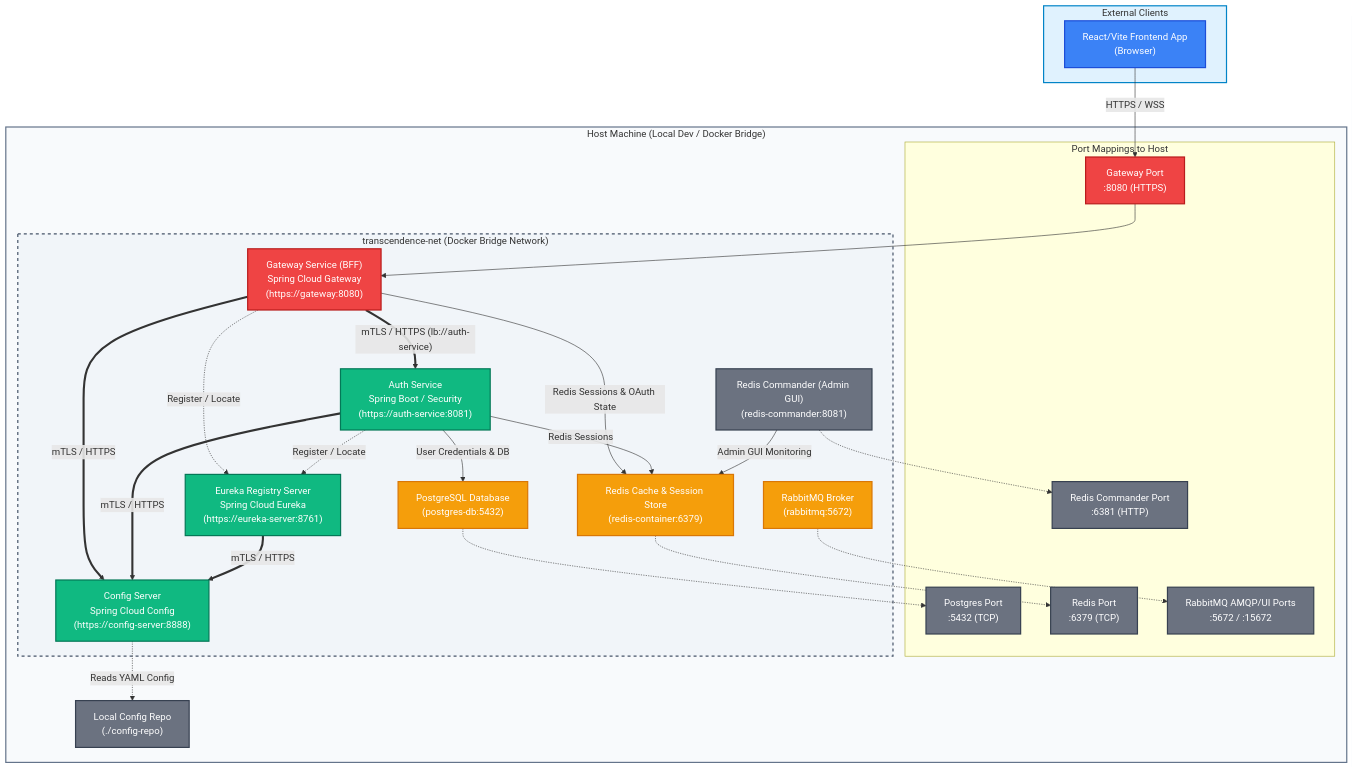
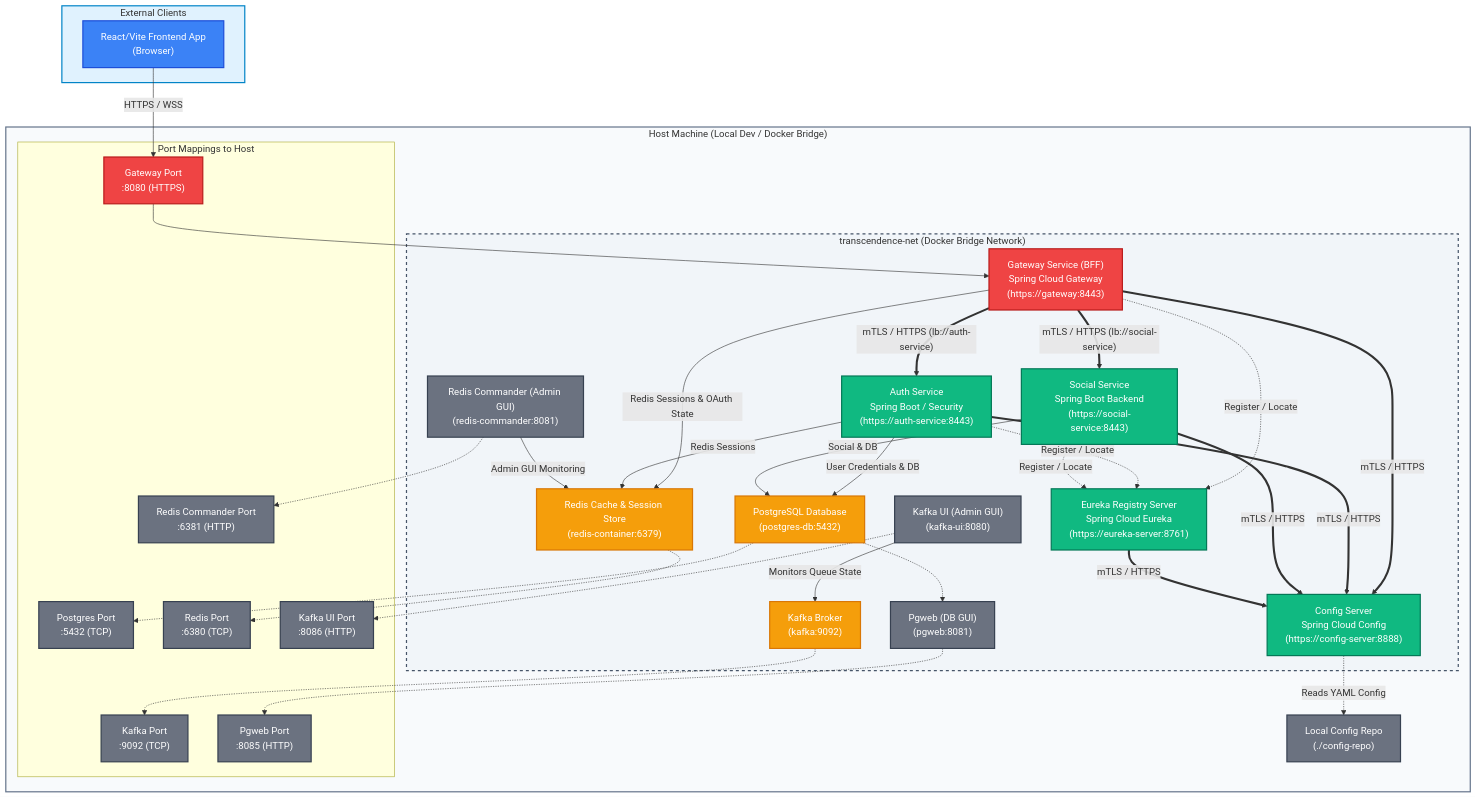
Before and after one commit to Laxuard/Chess: the diagram in docs/system_architecture.mermaid, drawn with Mermaid. The commit also changed 68 other files, not shown here.

Commit message:
feat: scaffold social-service, implement common-core library, standardize docker ports, and add Kafka UI visualizer

```diff
--- a/docs/system_architecture.mermaid
+++ b/docs/system_architecture.mermaid
@@ -1,75 +1,88 @@
 flowchart TB
     %% Nodes styling
     classDef client fill:#3b82f6,stroke:#1d4ed8,stroke-width:2px,color:#fff;
     classDef public fill:#ef4444,stroke:#b91c1c,stroke-width:2px,color:#fff;
     classDef internal fill:#10b981,stroke:#047857,stroke-width:2px,color:#fff;
     classDef db fill:#f59e0b,stroke:#d97706,stroke-width:2px,color:#fff;
     classDef infra fill:#6b7280,stroke:#374151,stroke-width:2px,color:#fff;
 
     subgraph External_Network ["External Clients"]
         Browser["React/Vite Frontend App<br>(Browser)"]:::client
     end
 
     subgraph Host_Machine ["Host Machine (Local Dev / Docker Bridge)"]
         subgraph Exposed_Ports ["Port Mappings to Host"]
             GatewayPort["Gateway Port<br>:8080 (HTTPS)"]:::public
             DbPort["Postgres Port<br>:5432 (TCP)"]:::infra
-            RedisPort["Redis Port<br>:6379 (TCP)"]:::infra
+            RedisPort["Redis Port<br>:6380 (TCP)"]:::infra
             RedisCommanderPort["Redis Commander Port<br>:6381 (HTTP)"]:::infra
-            RabbitPort["RabbitMQ AMQP/UI Ports<br>:5672 / :15672"]:::infra
+            KafkaPort["Kafka Port<br>:9092 (TCP)"]:::infra
+            PgwebPort["Pgweb Port<br>:8085 (HTTP)"]:::infra
+            KafkaUiPort["Kafka UI Port<br>:8086 (HTTP)"]:::infra
         end
 
         subgraph transcendence_net ["transcendence-net (Docker Bridge Network)"]
             %% Public Entrypoint
-            Gateway["Gateway Service (BFF)<br>Spring Cloud Gateway<br>(https://gateway:8080)"]:::public
+            Gateway["Gateway Service (BFF)<br>Spring Cloud Gateway<br>(https://gateway:8443)"]:::public
 
             %% Internal Microservices
-            AuthService["Auth Service<br>Spring Boot / Security<br>(https://auth-service:8081)"]:::internal
+            AuthService["Auth Service<br>Spring Boot / Security<br>(https://auth-service:8443)"]:::internal
+            SocialService["Social Service<br>Spring Boot Backend<br>(https://social-service:8443)"]:::internal
             EurekaServer["Eureka Registry Server<br>Spring Cloud Eureka<br>(https://eureka-server:8761)"]:::internal
             ConfigServer["Config Server<br>Spring Cloud Config<br>(https://config-server:8888)"]:::internal
 
             %% Infrastructure & Databases
             Postgres["PostgreSQL Database<br>(postgres-db:5432)"]:::db
             Redis["Redis Cache & Session Store<br>(redis-container:6379)"]:::db
-            RabbitMQ["RabbitMQ Broker<br>(rabbitmq:5672)"]:::db
+            Kafka["Kafka Broker<br>(kafka:9092)"]:::db
+            Pgweb["Pgweb (DB GUI)<br>(pgweb:8081)"]:::infra
             RedisCommander["Redis Commander (Admin GUI)<br>(redis-commander:8081)"]:::infra
+            KafkaUi["Kafka UI (Admin GUI)<br>(kafka-ui:8080)"]:::infra
         end
         
         ConfigRepo["Local Config Repo<br>(./config-repo)"]:::infra
     end
 
     %% Communication Links
     Browser -->|"HTTPS / WSS"| GatewayPort
     GatewayPort --> Gateway
 
     %% Config server loading
     ConfigServer -.->|"Reads YAML Config"| ConfigRepo
     
     %% Service Discovery Registration
     Gateway -.->|"Register / Locate"| EurekaServer
     AuthService -.->|"Register / Locate"| EurekaServer
+    SocialService -.->|"Register / Locate"| EurekaServer
 
     %% Config retrieval (mTLS)
     Gateway ==>|"mTLS / HTTPS"| ConfigServer
     AuthService ==>|"mTLS / HTTPS"| ConfigServer
+    SocialService ==>|"mTLS / HTTPS"| ConfigServer
     EurekaServer ==>|"mTLS / HTTPS"| ConfigServer
 
     %% Downstream Service Calls (mTLS)
     Gateway ==>|"mTLS / HTTPS (lb://auth-service)"| AuthService
+    Gateway ==>|"mTLS / HTTPS (lb://social-service)"| SocialService
 
     %% Database & Cache Connections
     Gateway -->|"Redis Sessions & OAuth State"| Redis
     AuthService -->|"User Credentials & DB"| Postgres
     AuthService -->|"Redis Sessions"| Redis
+    SocialService -->|"Social & DB"| Postgres
     RedisCommander -->|"Admin GUI Monitoring"| Redis
+    KafkaUi -->|"Monitors Queue State"| Kafka
+    Postgres -.-> Pgweb
     
     %% Port exposures
     Postgres -.-> DbPort
     Redis -.-> RedisPort
     RedisCommander -.-> RedisCommanderPort
-    RabbitMQ -.-> RabbitPort
+    Kafka -.-> KafkaPort
+    Pgweb -.-> PgwebPort
+    KafkaUi -.-> KafkaUiPort
 
     %% Legend
     style External_Network fill:#e0f2fe,stroke:#0284c7,stroke-width:2px;
     style Host_Machine fill:#f8fafc,stroke:#64748b,stroke-width:2px;
     style transcendence_net fill:#f1f5f9,stroke:#475569,stroke-width:2px,stroke-dasharray: 5 5;
```
